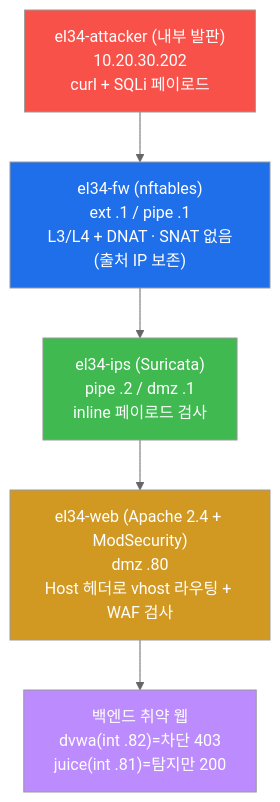
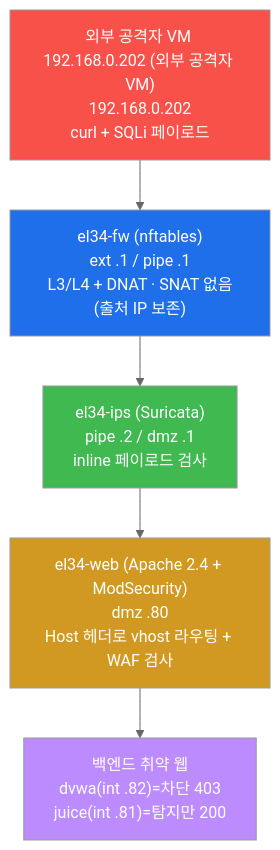
Before and after one commit to mrgrit/tw2: the third of 7 diagrams in contents/training/web-vuln/lecture_week05.md, drawn with Mermaid (neutral theme). The commit also changed other lines of this file and 304 other files, not shown here.

````diff
--- a/contents/training/web-vuln/lecture_week05.md
+++ b/contents/training/web-vuln/lecture_week05.md
@@ -217,14 +217,14 @@
 ```mermaid
 graph TD
-    ATK["el34-attacker (내부 발판)<br/>10.20.30.202<br/>curl + SQLi 페이로드"]
+    ATK["외부 공격자 VM 192.168.0.202 (외부 공격자 VM)<br/>192.168.0.202<br/>curl + SQLi 페이로드"]
     FW["el34-fw (nftables)<br/>ext .1 / pipe .1<br/>L3/L4 + DNAT · SNAT 없음(출처 IP 보존)"]
     IPS["el34-ips (Suricata)<br/>pipe .2 / dmz .1<br/>inline 페이로드 검사"]
     WEB["el34-web (Apache 2.4 + ModSecurity)<br/>dmz .80<br/>Host 헤더로 vhost 라우팅 + WAF 검사"]
     APP["백엔드 취약 웹<br/>dvwa(int .82)=차단 403<br/>juice(int .81)=탐지만 200"]
     ATK --> FW --> IPS --> WEB --> APP
     style ATK fill:#f85149,color:#fff
     style FW fill:#1f6feb,color:#fff
     style IPS fill:#3fb950,color:#fff
     style WEB fill:#d29922,color:#fff
     style APP fill:#bc8cff,color:#fff
 ```
````
